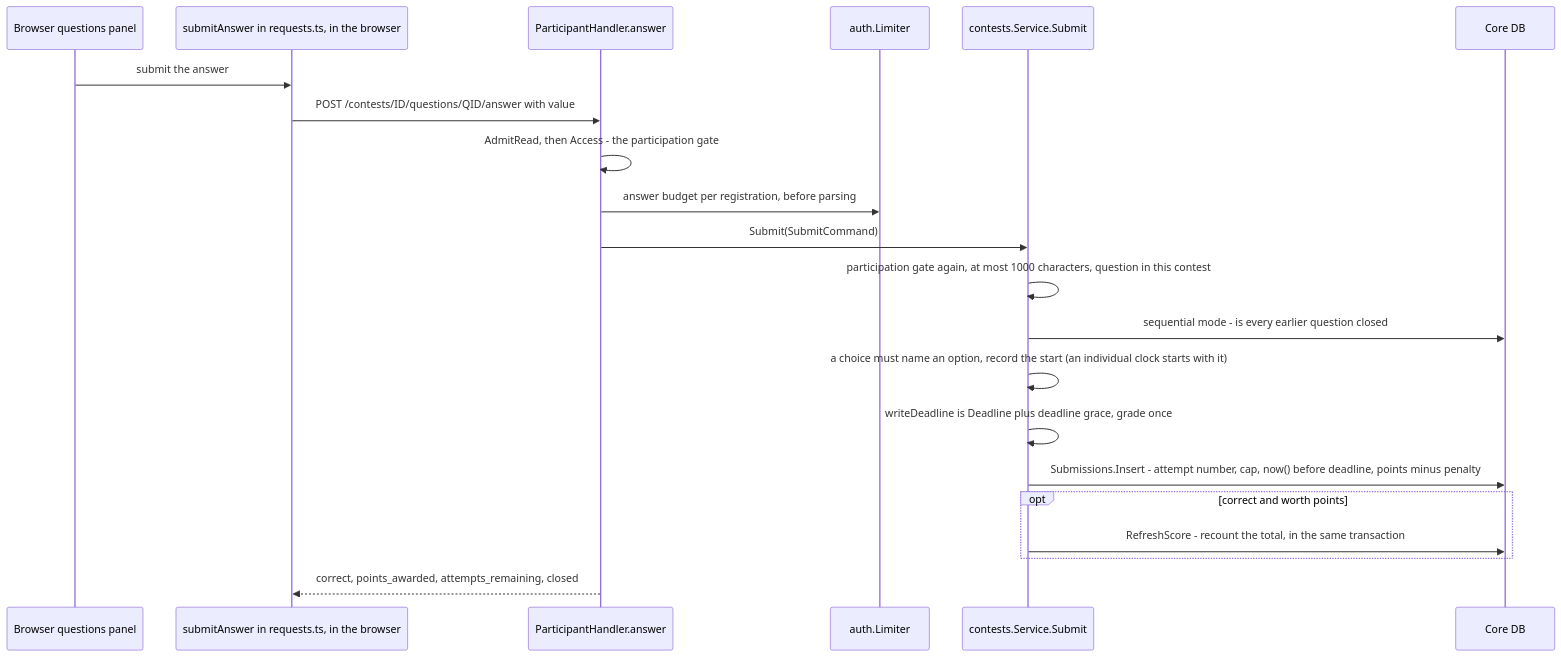
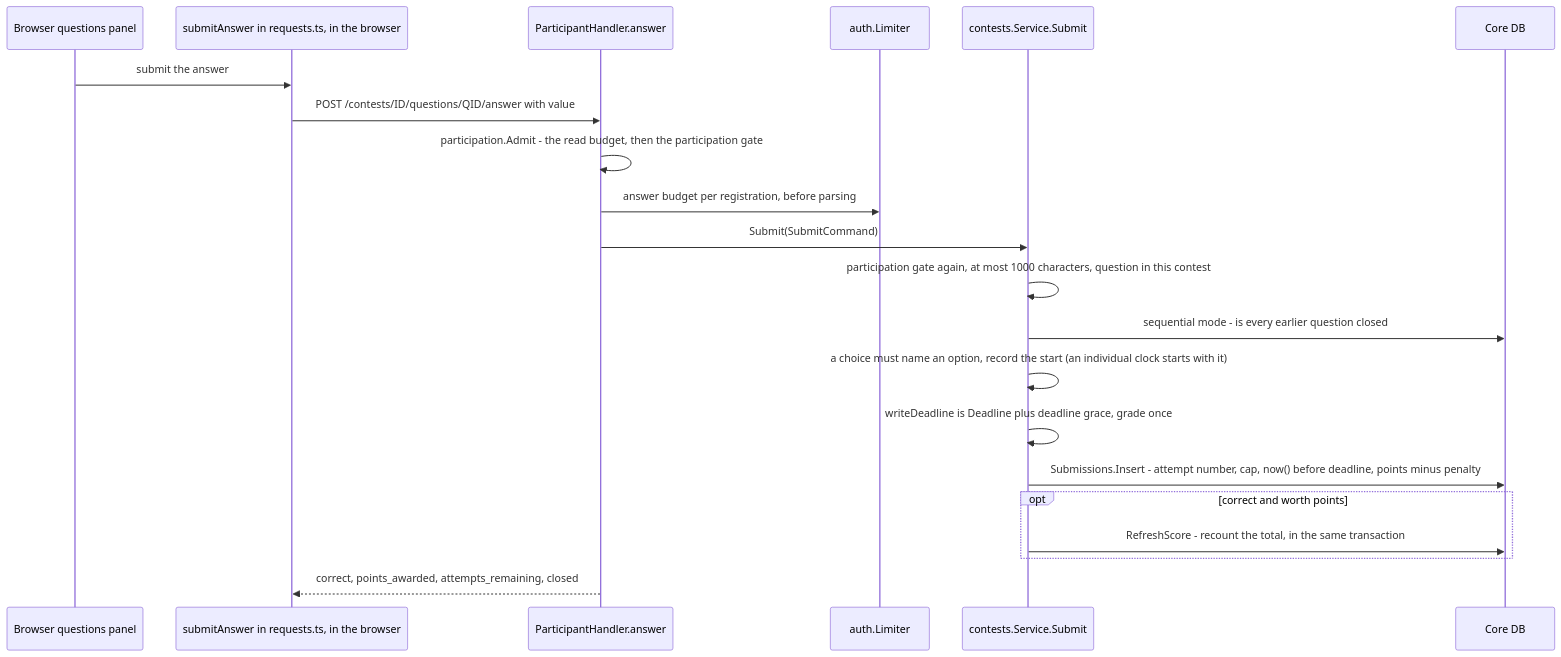
Before and after one commit to devrdn/olymp-db-platform: diagram 11 of 14 in docs/guide/03-flows.md, drawn with Mermaid. The commit also changed other lines of this file and 47 other files, not shown here.

````diff
--- a/docs/guide/03-flows.md
+++ b/docs/guide/03-flows.md
@@ -739,24 +739,24 @@
 ```mermaid
 sequenceDiagram
     participant B as Browser questions panel
     participant W as submitAnswer in requests.ts, in the browser
     participant H as ParticipantHandler.answer
     participant L as auth.Limiter
     participant S as contests.Service.Submit
     participant DB as Core DB
 
     B->>W: submit the answer
     W->>H: POST /contests/ID/questions/QID/answer with value
-    H->>H: AdmitRead, then Access - the participation gate
+    H->>H: participation.Admit - the read budget, then the participation gate
     H->>L: answer budget per registration, before parsing
     H->>S: Submit(SubmitCommand)
     S->>S: participation gate again, at most 1000 characters, question in this contest
     S->>DB: sequential mode - is every earlier question closed
     S->>S: a choice must name an option, record the start (an individual clock starts with it)
     S->>S: writeDeadline is Deadline plus deadline grace, grade once
     S->>DB: Submissions.Insert - attempt number, cap, now() before deadline, points minus penalty
     opt correct and worth points
         S->>DB: RefreshScore - recount the total, in the same transaction
     end
     H-->>W: correct, points_awarded, attempts_remaining, closed
 ```
````
